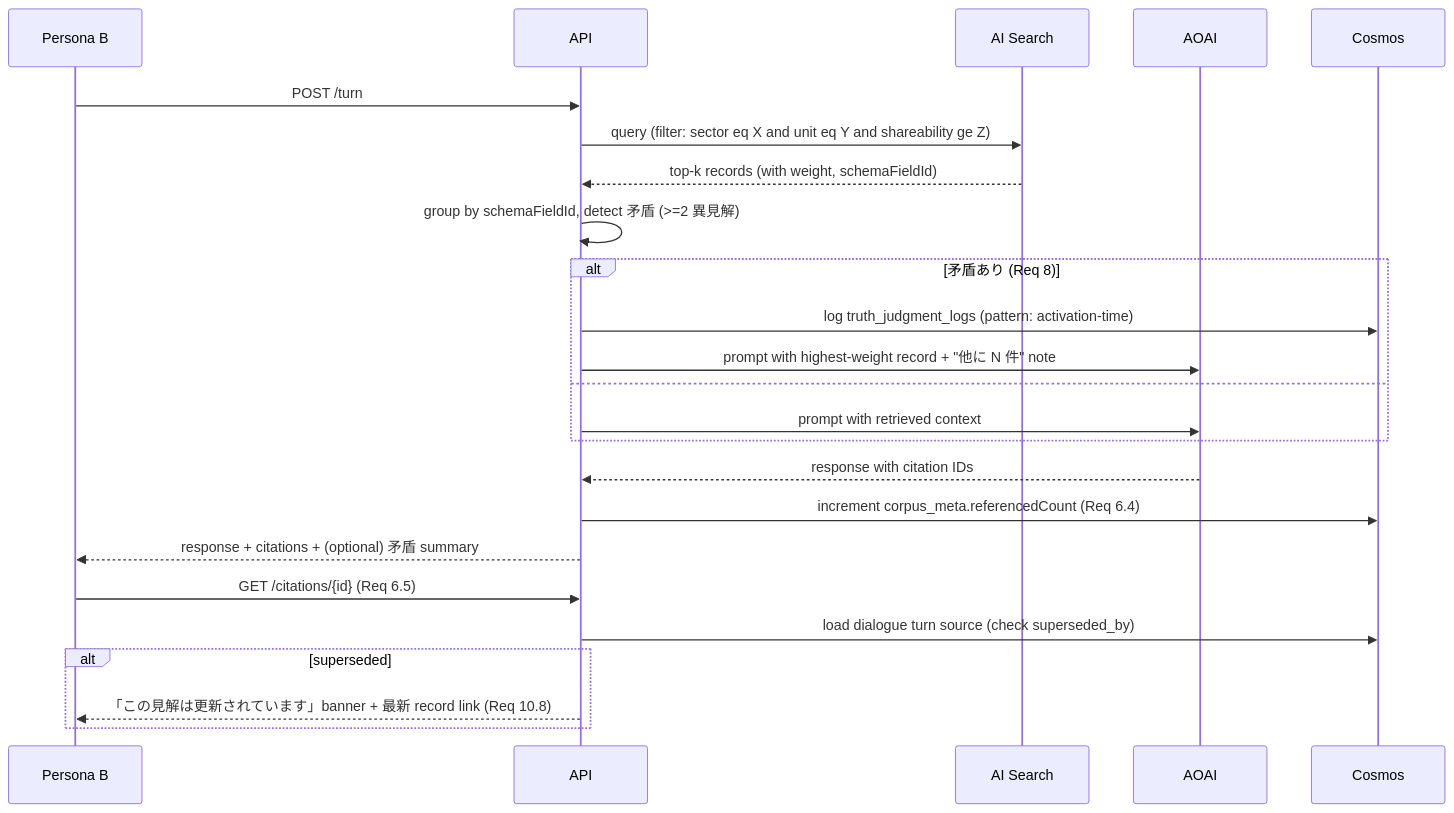
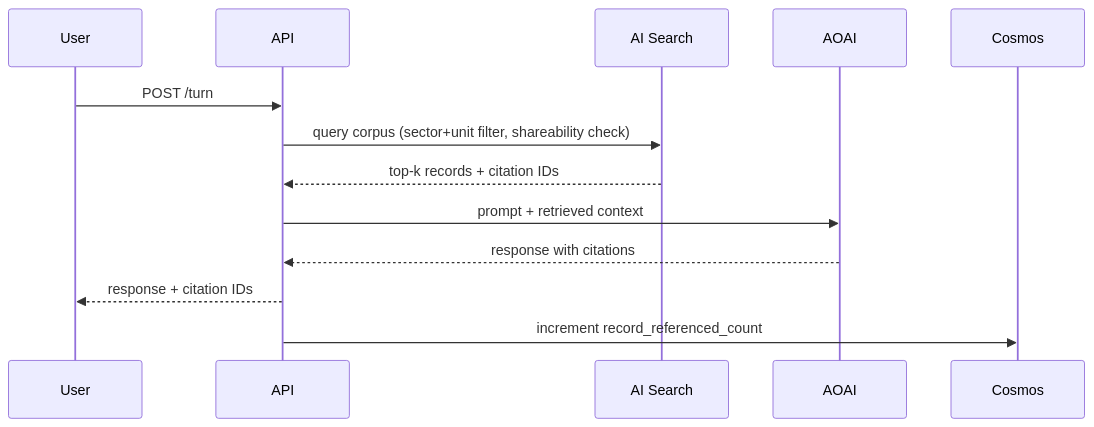
The third of 4 diagrams in .kiro/specs/dialogue-delta-formalization/design.md (aiclub-labs/zenn-hack2026), drawn with Mermaid before and after one commit. The commit also changed other lines of this file and 28 other files, not shown here.

````diff
--- a/.kiro/specs/dialogue-delta-formalization/design.md
+++ b/.kiro/specs/dialogue-delta-formalization/design.md
@@ -369,27 +137,14 @@
 ```mermaid
 sequenceDiagram
-    participant U as Persona B
+    participant U as User
     participant API
-    participant Search as AI Search
+    participant S as AI Search
     participant AOAI
-    participant Cosmos
-
     U->>API: POST /turn
-    API->>Search: query (filter: sector eq X and unit eq Y and shareability ge Z)
-    Search-->>API: top-k records (with weight, schemaFieldId)
-    API->>API: group by schemaFieldId, detect 矛盾 (>=2 異見解)
-    alt 矛盾あり (Req 8)
-        API->>Cosmos: log truth_judgment_logs (pattern: activation-time)
-        API->>AOAI: prompt with highest-weight record + "他に N 件" note
-    else
-        API->>AOAI: prompt with retrieved context
-    end
-    AOAI-->>API: response with citation IDs
-    API->>Cosmos: increment corpus_meta.referencedCount (Req 6.4)
-    API-->>U: response + citations + (optional) 矛盾 summary
-    U->>API: GET /citations/{id} (Req 6.5)
-    API->>Cosmos: load dialogue turn source (check superseded_by)
-    alt superseded
-        API-->>U: 「この見解は更新されています」banner + 最新 record link (Req 10.8)
-    end
+    API->>S: query corpus (sector+unit filter, shareability check)
+    S-->>API: top-k records + citation IDs
+    API->>AOAI: prompt + retrieved context
+    AOAI-->>API: response with citations
+    API-->>U: response + citation IDs
+    API->>Cosmos: increment record_referenced_count
 ```
````
